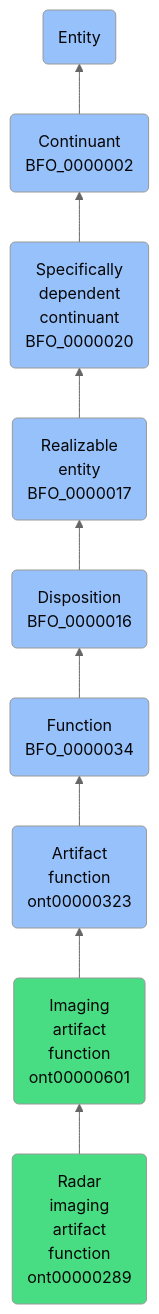
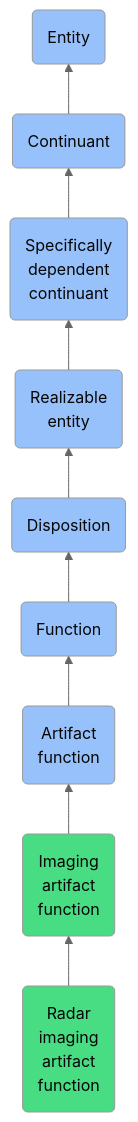
The diagram in docs/ontology/reference/model/Entity/Continuant/Specifically dependent continuant/Realizable entity/Disposition/Function/Artifact function/Imaging artifact function/Radar imaging artifact function/Radar imaging artifact function.md (jupyter-naas/abi), drawn with Mermaid (neutral theme) before and after one commit. The commit also changed other lines of this file and 1430 other files, not shown here.

````diff
--- a/docs/ontology/reference/model/Entity/Continuant/Specifically dependent continuant/Realizable entity/Disposition/Function/Artifact function/Imaging artifact function/Radar imaging artifact function/Radar imaging artifact function.md
+++ b/docs/ontology/reference/model/Entity/Continuant/Specifically dependent continuant/Realizable entity/Disposition/Function/Artifact function/Imaging artifact function/Radar imaging artifact function/Radar imaging artifact function.md
@@ -24,16 +24,16 @@
 ```mermaid
 graph BT
-    ont00000289(Radar<br>imaging<br>artifact<br>function<br>ont00000289):::ABI-->ont00000601
-    ont00000601(Imaging<br>artifact<br>function<br>ont00000601):::ABI-->ont00000323
-    ont00000323(Artifact<br>function<br>ont00000323):::BFO-->BFO_0000034
-    BFO_0000034(Function<br>BFO_0000034):::BFO-->BFO_0000016
-    BFO_0000016(Disposition<br>BFO_0000016):::BFO-->BFO_0000017
-    BFO_0000017(Realizable<br>entity<br>BFO_0000017):::BFO-->BFO_0000020
-    BFO_0000020(Specifically<br>dependent<br>continuant<br>BFO_0000020):::BFO-->BFO_0000002
-    BFO_0000002(Continuant<br>BFO_0000002):::BFO-->BFO_0000001
+    ont00000289(Radar<br>imaging<br>artifact<br>function):::ABI-->ont00000601
+    ont00000601(Imaging<br>artifact<br>function):::ABI-->ont00000323
+    ont00000323(Artifact<br>function):::BFO-->BFO_0000034
+    BFO_0000034(Function):::BFO-->BFO_0000016
+    BFO_0000016(Disposition):::BFO-->BFO_0000017
+    BFO_0000017(Realizable<br>entity):::BFO-->BFO_0000020
+    BFO_0000020(Specifically<br>dependent<br>continuant):::BFO-->BFO_0000002
+    BFO_0000002(Continuant):::BFO-->BFO_0000001
     BFO_0000001(Entity):::BFO
     
     classDef BFO fill:#97c1fb,color:#060606
     classDef CCO fill:#e4c51e,color:#060606
     classDef ABI fill:#48DD82,color:#060606
 ```
````
